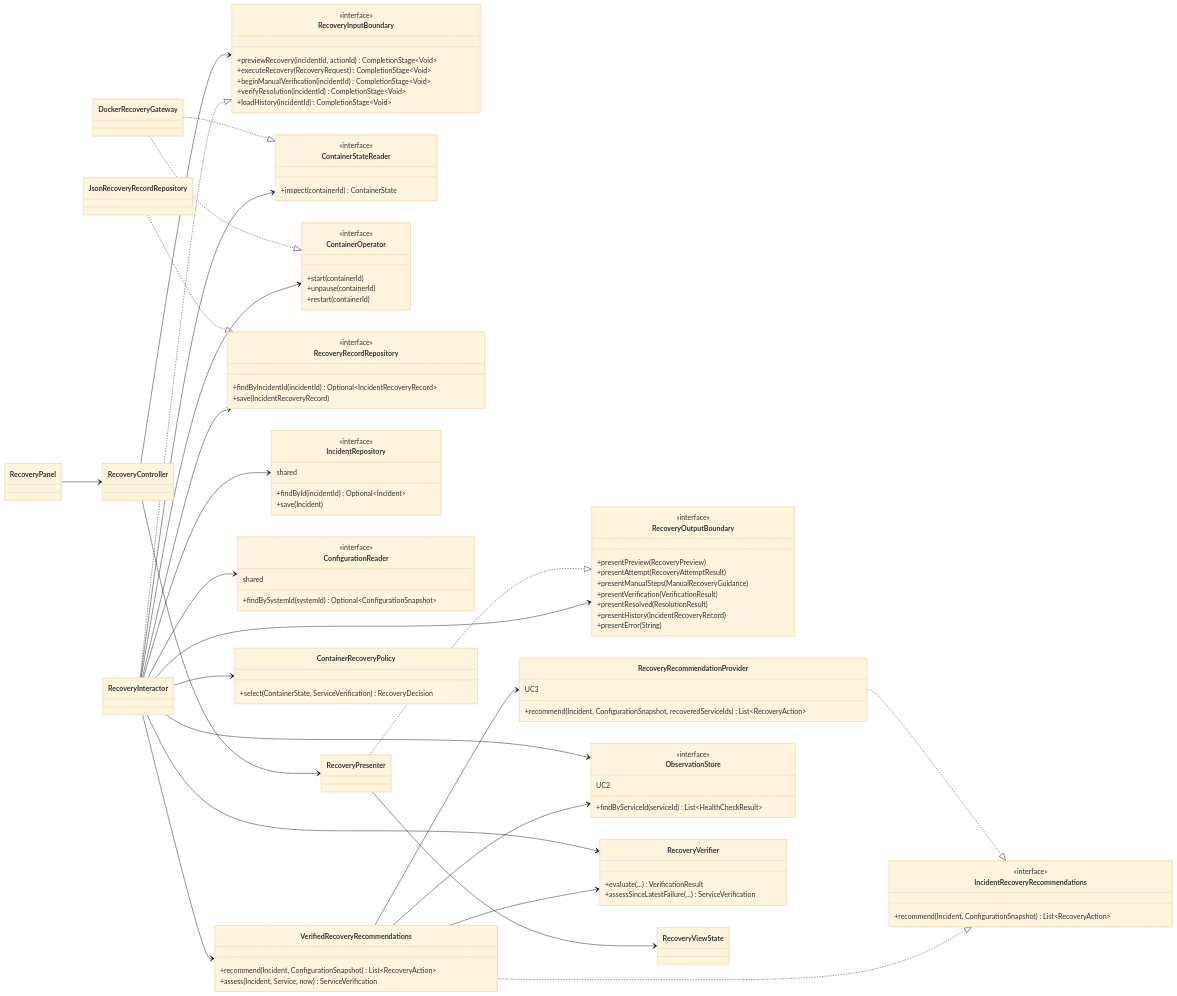
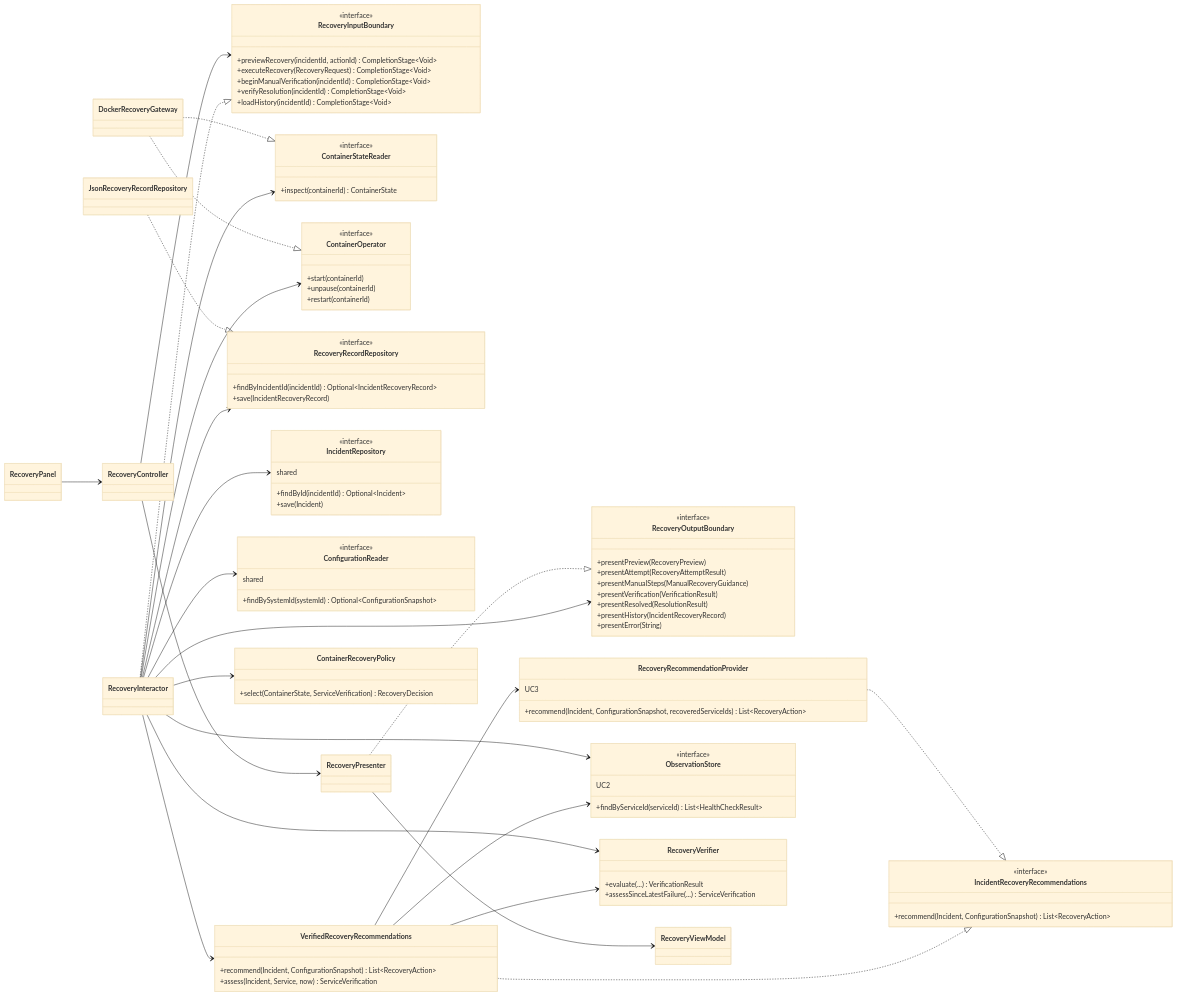
Before and after one commit to CSC207-0201-Team14/team-project: the first of 5 diagrams in docs/uc4-recover-service.md, drawn with Mermaid (base theme). The commit also changed other lines of this file and 4 other files, not shown here.

Commit message:
Rename RecoveryViewState to RecoveryViewModel

```diff
--- a/docs/uc4-recover-service.md
+++ b/docs/uc4-recover-service.md
@@ -140,7 +140,7 @@
     RecoveryController --> RecoveryInputBoundary
     RecoveryController --> RecoveryPresenter
     RecoveryPresenter ..|> RecoveryOutputBoundary
-    RecoveryPresenter --> RecoveryViewState
+    RecoveryPresenter --> RecoveryViewModel
     DockerRecoveryGateway ..|> ContainerStateReader
     DockerRecoveryGateway ..|> ContainerOperator
     JsonRecoveryRecordRepository ..|> RecoveryRecordRepository
```
